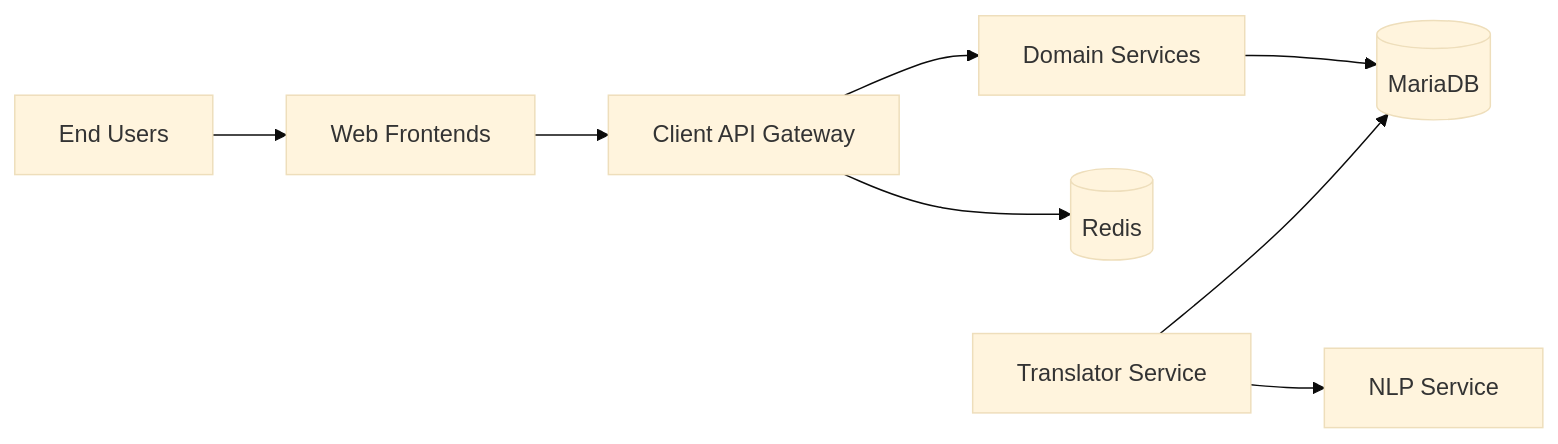
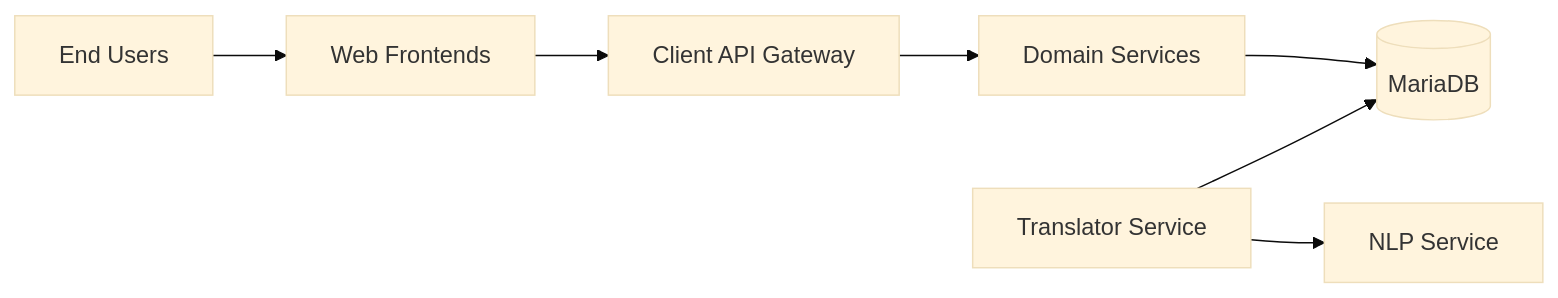
The first of 2 diagrams in docs/architecture.md (athbheochan-labs/misneach), drawn with Mermaid (base theme) before and after one commit. The commit also changed other lines of this file and 4 other files, not shown here.

````diff
--- a/docs/architecture.md
+++ b/docs/architecture.md
@@ -7,10 +7,9 @@
 ```mermaid
 flowchart LR
   U[End Users] --> W[Web Frontends]
   W --> C[Client API Gateway]
   C --> S[Domain Services]
   S --> DB[(MariaDB)]
-  C --> R[(Redis)]
   T[Translator Service] --> N[NLP Service]
   T --> DB
 ```
````
